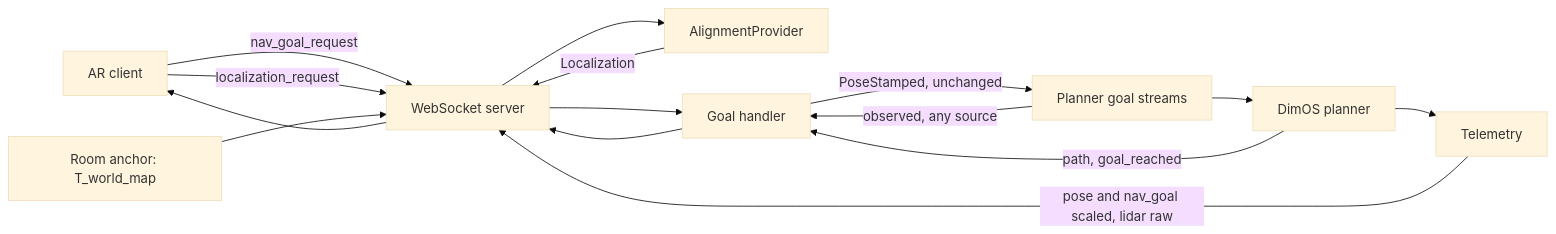
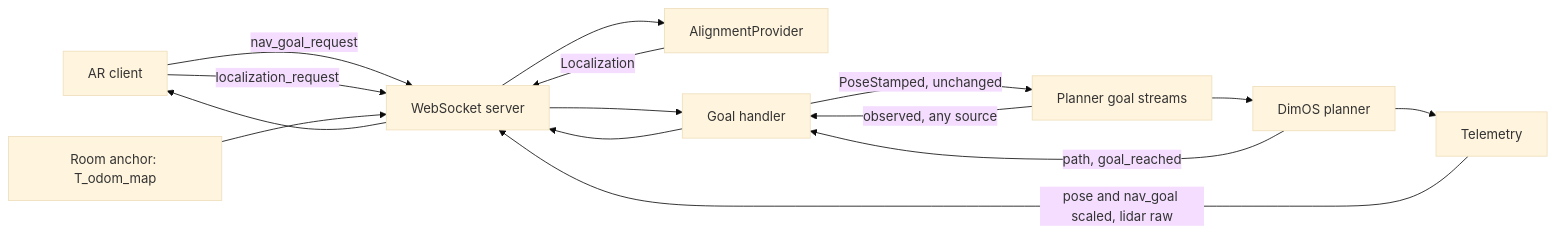
The diagram in dimos-ar-v2/plan.md (V4C38/spectacles-dimensional-os), drawn with Mermaid (base theme) before and after one commit. The commit also changed other lines of this file and 14 other files, not shown here.

````diff
--- a/dimos-ar-v2/plan.md
+++ b/dimos-ar-v2/plan.md
@@ -448,17 +490,17 @@
 ```mermaid
 flowchart LR
     Lens[AR client] -->|nav_goal_request| WS[WebSocket server]
     Lens -->|localization_request| WS
     WS --> Align[AlignmentProvider]
     Align -->|Localization| WS
-    Anchor[Room anchor: T_world_map] --> WS
+    Anchor[Room anchor: T_odom_map] --> WS
     WS --> Nav[Goal handler]
     Nav -->|"PoseStamped, unchanged"| Goals[Planner goal streams]
     Goals --> Planner[DimOS planner]
     Goals -->|"observed, any source"| Nav
     Planner -->|"path, goal_reached"| Nav
     Planner --> Tel[Telemetry]
     Nav --> WS
     Tel -->|"pose and nav_goal scaled, lidar raw"| WS
     WS --> Lens
 ```
````
